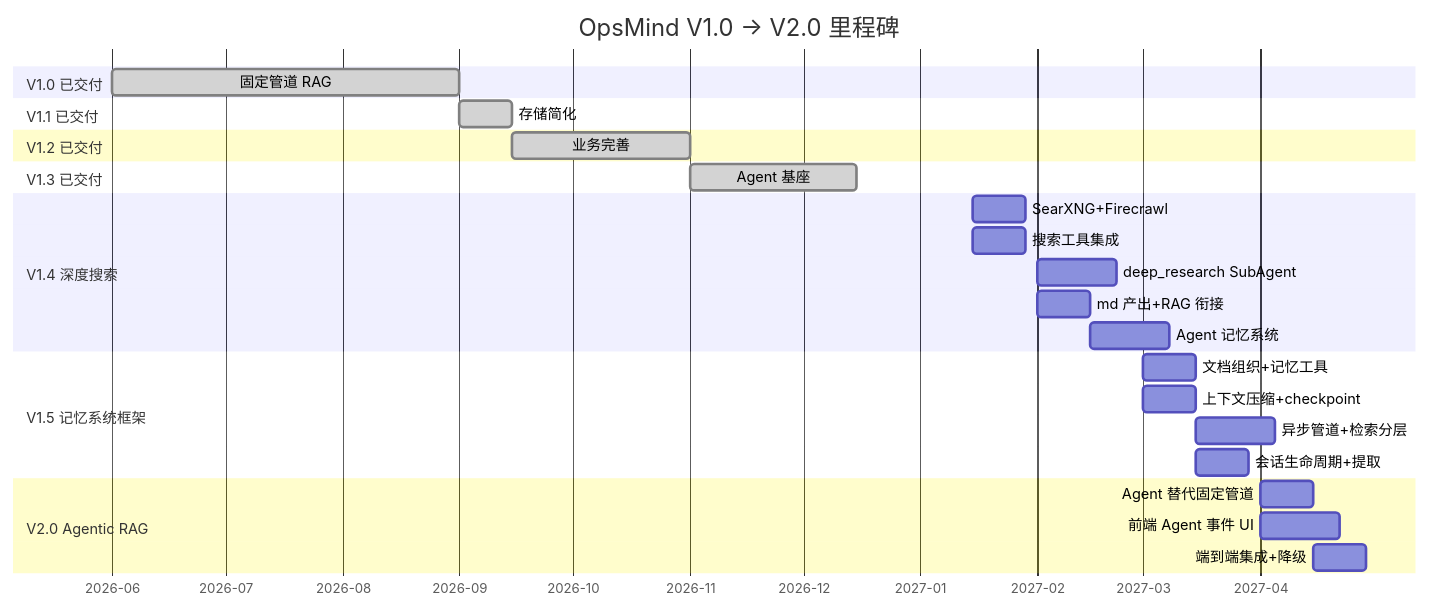
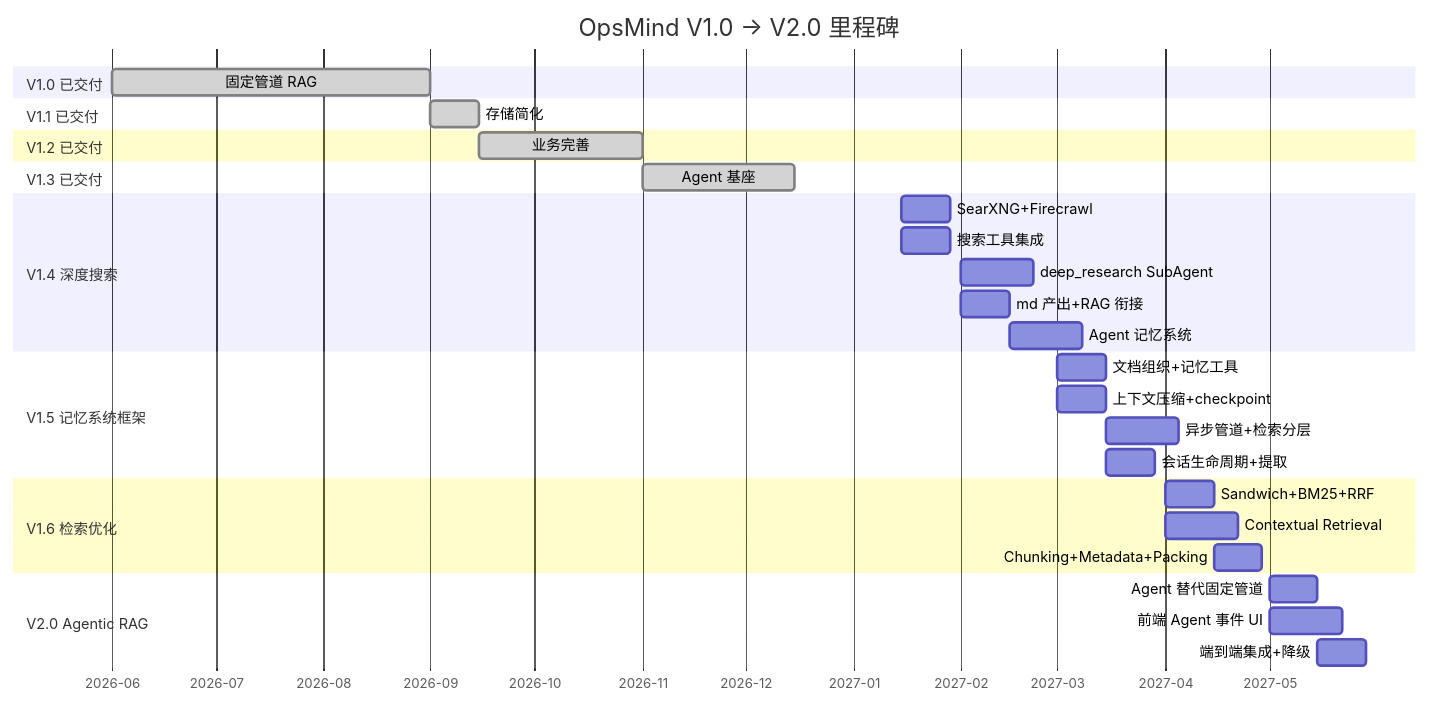
The sixth of 6 diagrams in docs/ROADMAP.md (int2t05/Cognik), drawn with Mermaid before and after one commit. The commit also changed other lines of this file and 1 other file, not shown here.

Commit message:
fix(frontend): TextPart UTF-8 损坏修复——sed 清理注释时截断中文

````diff
--- a/docs/ROADMAP.md
+++ b/docs/ROADMAP.md
@@ -488,36 +488,41 @@
 ```mermaid
 gantt
     title OpsMind V1.0 → V2.0 里程碑
     dateFormat YYYY-MM-DD
     axisFormat %Y-%m
 
     section V1.0 已交付
     固定管道 RAG         :done, v1, 2026-06-01, 2026-09-01
 
     section V1.1 已交付
     存储简化             :done, v11, 2026-09-01, 2026-09-15
 
     section V1.2 已交付
     业务完善             :done, v12, 2026-09-15, 2026-11-01
 
     section V1.3 已交付
     Agent 基座           :done, v13, 2026-11-01, 2026-12-15
 
     section V1.4 深度搜索
     SearXNG+Firecrawl    :v14a, 2027-01-15, 14d
     搜索工具集成          :v14b, 2027-01-15, 14d
     deep_research SubAgent :v14c, 2027-02-01, 21d
     md 产出+RAG 衔接      :v14d, 2027-02-01, 14d
     Agent 记忆系统       :v14e, 2027-02-15, 21d
 
     section V1.5 记忆系统框架
     文档组织+记忆工具     :v15a, 2027-03-01, 14d
     上下文压缩+checkpoint  :v15b, 2027-03-01, 14d
     异步管道+检索分层      :v15c, 2027-03-15, 21d
     会话生命周期+提取      :v15d, 2027-03-15, 14d
 
+    section V1.6 检索优化
+    Sandwich+BM25+RRF     :v16a, 2027-04-01, 14d
+    Contextual Retrieval  :v16b, 2027-04-01, 21d
+    Chunking+Metadata+Packing :v16c, 2027-04-15, 14d
+
     section V2.0 Agentic RAG
-    Agent 替代固定管道    :v20a, 2027-04-01, 14d
-    前端 Agent 事件 UI    :v20b, 2027-04-01, 21d
-    端到端集成+降级       :v20c, 2027-04-15, 14d
+    Agent 替代固定管道    :v20a, 2027-05-01, 14d
+    前端 Agent 事件 UI    :v20b, 2027-05-01, 21d
+    端到端集成+降级       :v20c, 2027-05-15, 14d
 ```
````
